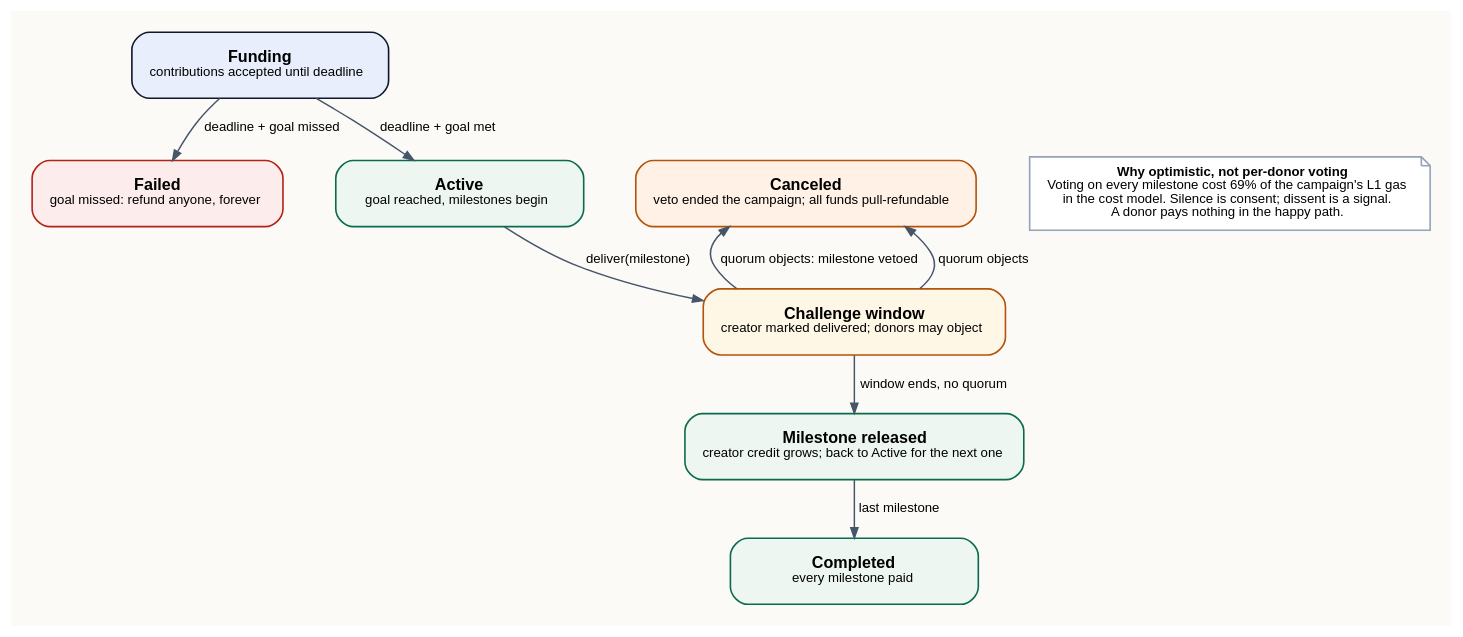
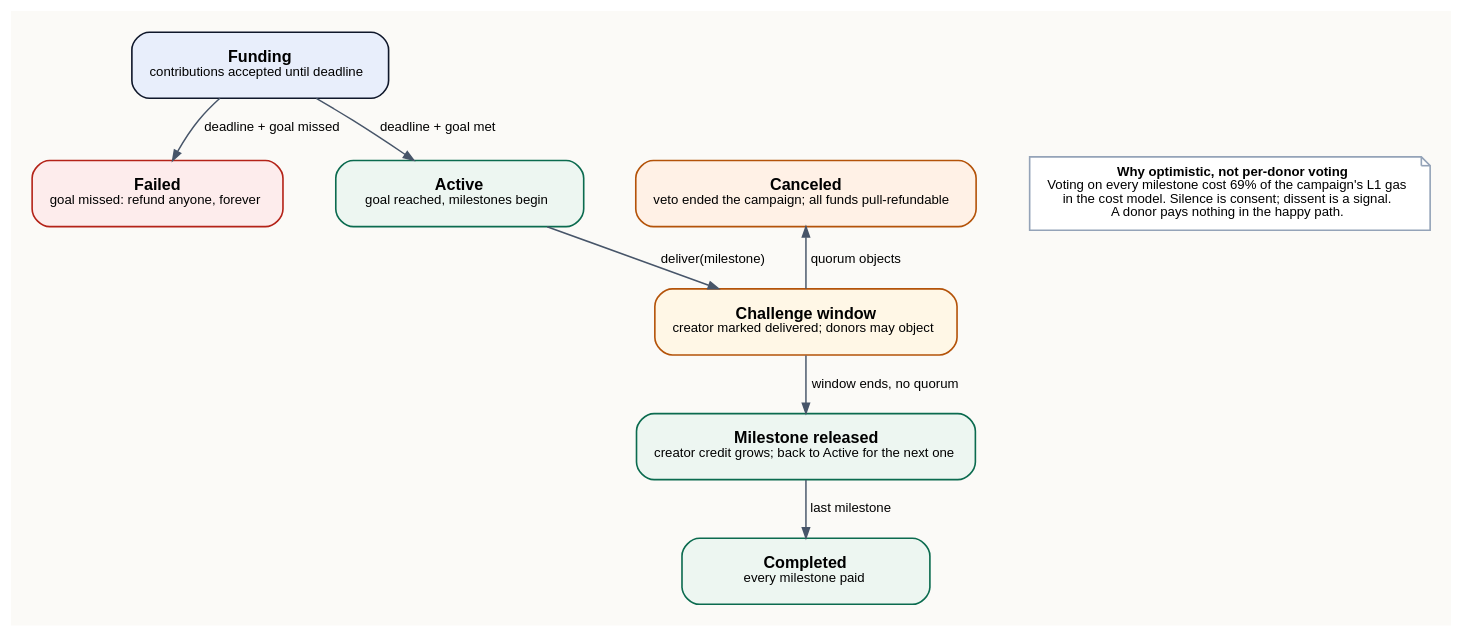
The diagram in diagrams/campaign-lifecycle.dot (hwngtr/milestone-dapp), drawn with Graphviz before and after one commit. The commit also changed 51 other files, not shown here.

```diff
--- a/diagrams/campaign-lifecycle.dot
+++ b/diagrams/campaign-lifecycle.dot
@@ -1,56 +1,55 @@
 // Campaign lifecycle for Milestone.
 // Render: dot -Tpng -Gdpi=200 campaign-lifecycle.dot -o campaign-lifecycle.png
 digraph campaign_lifecycle {
   graph [
     rankdir=TB,
     splines=spline,
     nodesep=0.5,
     ranksep=0.42,
     fontname="Arial",
     fontsize=11,
     bgcolor="#FBFAF7",
     pad=0.2,
     newrank=true
   ];
   node [
     shape=box,
     style="rounded,filled",
     fontname="Arial",
     fontsize=11,
     color="#0F172A",
     penwidth=1.1,
     margin="0.16,0.10",
     width=2.35,
     height=0.62
   ];
   edge [
     fontname="Arial",
     fontsize=9,
     color="#475569",
     arrowsize=0.7
   ];
 
   funding   [label=<<B>Funding</B><BR/><FONT POINT-SIZE="9">contributions accepted until deadline</FONT>>, fillcolor="#E8EEFB"];
   failed    [label=<<B>Failed</B><BR/><FONT POINT-SIZE="9">goal missed: refund anyone, forever</FONT>>, fillcolor="#FDECEC", color="#B42318"];
   active    [label=<<B>Active</B><BR/><FONT POINT-SIZE="9">goal reached, milestones begin</FONT>>, fillcolor="#EDF6F1", color="#0B6B4F"];
   challenge [label=<<B>Challenge window</B><BR/><FONT POINT-SIZE="9">creator marked delivered; donors may object</FONT>>, fillcolor="#FFF7E6", color="#B45309"];
-  challenge -> canceled [label=" quorum objects: milestone vetoed "];
   canceled   [label=<<B>Canceled</B><BR/><FONT POINT-SIZE="9">veto ended the campaign; all funds pull-refundable</FONT>>, fillcolor="#FFF1E6", color="#B45309"];
   released  [label=<<B>Milestone released</B><BR/><FONT POINT-SIZE="9">creator credit grows; back to Active for the next one</FONT>>, fillcolor="#EDF6F1", color="#0B6B4F"];
   done      [label=<<B>Completed</B><BR/><FONT POINT-SIZE="9">every milestone paid</FONT>>, fillcolor="#EDF6F1", color="#0B6B4F"];
 
   funding -> failed  [label=" deadline + goal missed "];
   funding -> active  [label=" deadline + goal met "];
   active -> challenge [label=" deliver(milestone) "];
   challenge -> released [label=" window ends, no quorum "];
   challenge -> canceled [label=" quorum objects "];
   released -> done     [label=" last milestone "];
 
   { rank=same; active; failed; canceled; }
   { rank=same; challenge; }
 
   note [shape=note, style="filled", fillcolor="#FFFFFF", color="#94A3B8", width=3.6,
     label=<<FONT POINT-SIZE="9"><B>Why optimistic, not per-donor voting</B><BR/>Voting on every milestone cost 69% of the campaign's L1 gas<BR/>in the cost model. Silence is consent; dissent is a signal.<BR/>A donor pays nothing in the happy path.</FONT>>];
   note -> challenge [style=invis];
   { rank=same; canceled; note; }
 }
```
